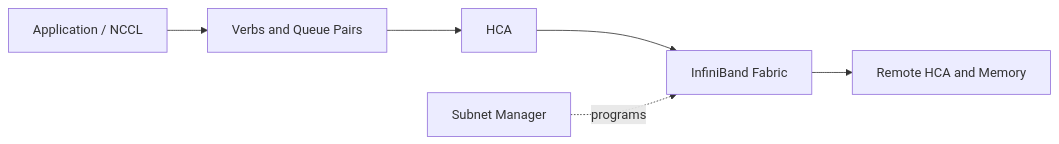
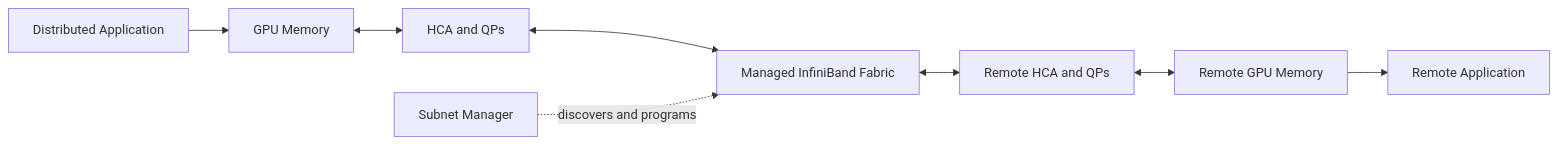
The first of 2 diagrams in docs/nvidia-zero-to-hero/volume-08/chapter-12-volume-08-summary.md (jithinpnjm/nvidia-devops), drawn with Mermaid before and after one commit. The commit also changed other lines of this file and 11 other files, not shown here.

````diff
--- a/docs/nvidia-zero-to-hero/volume-08/chapter-12-volume-08-summary.md
+++ b/docs/nvidia-zero-to-hero/volume-08/chapter-12-volume-08-summary.md
@@ -14,11 +24,14 @@
 ```mermaid
 flowchart LR
-    App[Application / NCCL]
-    Verbs[Verbs and Queue Pairs]
-    HCA[HCA]
-    Switch[InfiniBand Fabric]
-    Remote[Remote HCA and Memory]
+    AppA[Distributed Application]
+    G0[GPU Memory]
+    H0[HCA and QPs]
+    F[Managed InfiniBand Fabric]
+    H1[Remote HCA and QPs]
+    G1[Remote GPU Memory]
+    AppB[Remote Application]
     SM[Subnet Manager]
-    App --> Verbs --> HCA --> Switch --> Remote
-    SM -. programs .-> Switch
+
+    AppA --> G0 <--> H0 <--> F <--> H1 <--> G1 --> AppB
+    SM -. discovers and programs .-> F
 ```
````
